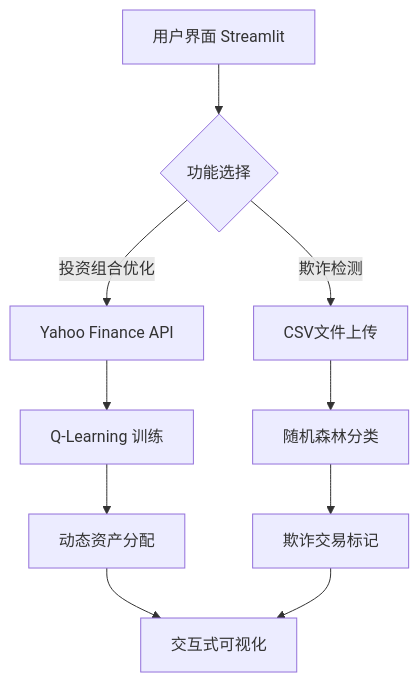
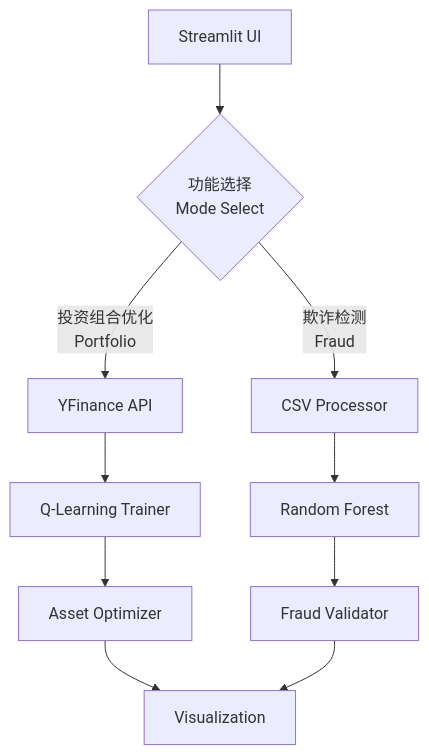
Before and after one commit to Sam121-chang/HACKDKU--SSA-Financial-Race: the diagram in README.md, drawn with Mermaid. The commit also changed other lines of this file, not shown here.

````diff
--- a/README.md
+++ b/README.md
@@ -23,11 +67,11 @@
 ```mermaid
 graph TD
-    A[用户界面 Streamlit] --> B{功能选择}
-    B -->|投资组合优化| C[Yahoo Finance API]
-    B -->|欺诈检测| D[CSV文件上传]
-    C --> E[Q-Learning 训练]
-    D --> F[随机森林分类]
-    E --> G[动态资产分配]
-    F --> H[欺诈交易标记]
-    G & H --> I[交互式可视化]
+    A[Streamlit UI] --> B{功能选择<br/>Mode Select}
+    B -->|投资组合优化<br/>Portfolio| C[YFinance API]
+    B -->|欺诈检测<br/>Fraud| D[CSV Processor]
+    C --> E[Q-Learning Trainer]
+    D --> F[Random Forest]
+    E --> G[Asset Optimizer]
+    F --> H[Fraud Validator]
+    G & H --> I[Visualization]
 ```
````
